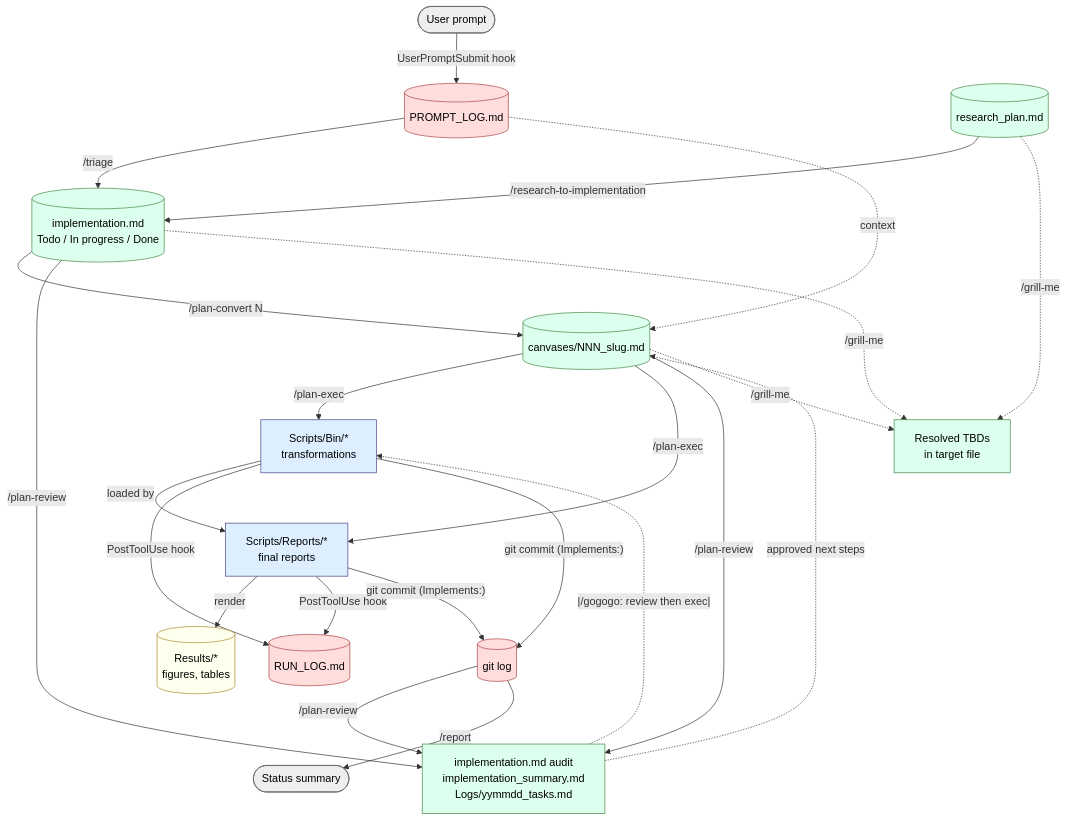
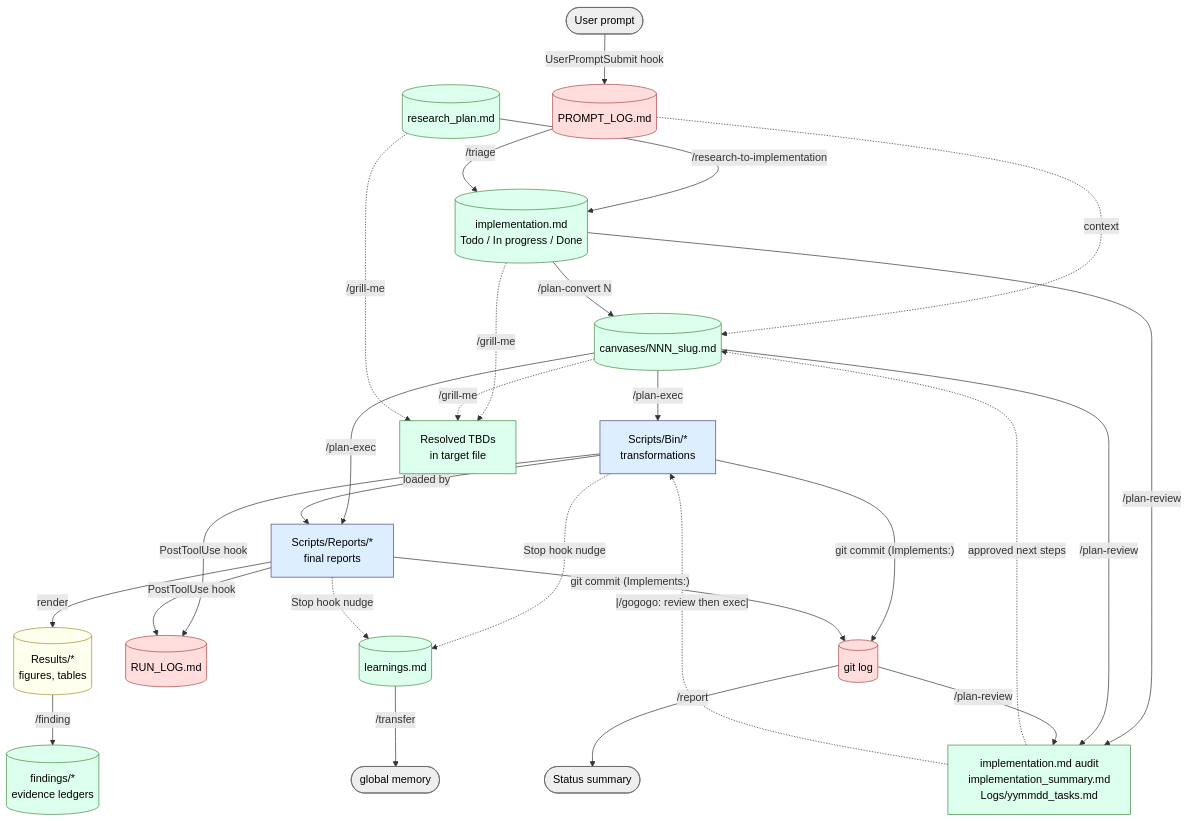
Before and after one commit to frenkiboy/.claude: the diagram in skills/research-setup/SKILL.md, drawn with Mermaid. The commit also changed other lines of this file and 6 other files, not shown here.

First line of the commit message:
feat(pipeline): add learn-nudge, /finding, and /transfer knowledge capture

````diff
--- a/skills/research-setup/SKILL.md
+++ b/skills/research-setup/SKILL.md
@@ -276,33 +291,36 @@
 ```mermaid
 flowchart TD
     USER([User prompt]):::ext -->|UserPromptSubmit hook| PLOG[(PROMPT_LOG.md)]:::log
 
     RPLAN[(research_plan.md)]:::doc -->|/research-to-implementation| IMPL
     PLOG -->|/triage| IMPL[(implementation.md<br/>Todo / In progress / Done)]:::doc
     PLOG -.context.-> CNV
 
     IMPL -->|/plan-convert N| CNV[(canvases/NNN_slug.md)]:::doc
 
     CNV -->|/plan-exec| BIN[Scripts/Bin/*<br/>transformations]:::code
     CNV -->|/plan-exec| RPT[Scripts/Reports/*<br/>final reports]:::code
     BIN -->|loaded by| RPT
     RPT -->|render| RES[(Results/*<br/>figures, tables)]:::out
+    RES -->|/finding| FND[(findings/*<br/>evidence ledgers)]:::doc
     BIN & RPT -->|PostToolUse hook| RLOG[(RUN_LOG.md)]:::log
+    BIN & RPT -.Stop hook nudge.-> LRN[(learnings.md)]:::doc
+    LRN -->|/transfer| MEM([global memory]):::ext
     BIN & RPT -->|"git commit (Implements:)"| GIT[(git log)]:::log
 
     IMPL & CNV & GIT -->|/plan-review| AUD[implementation.md audit<br/>implementation_summary.md<br/>Logs/yymmdd_tasks.md]:::doc
     AUD -.approved next steps.-> CNV
     AUD -.|/gogogo: review then exec|.-> BIN
 
     IMPL -.->|/grill-me| GRL[Resolved TBDs<br/>in target file]:::doc
     CNV -.->|/grill-me| GRL
     RPLAN -.->|/grill-me| GRL
 
     GIT -->|/report| RPRT([Status summary]):::ext
 
     classDef ext  fill:#eee,stroke:#666,color:#000
     classDef log  fill:#fdd,stroke:#a44,color:#000
     classDef doc  fill:#dfe,stroke:#484,color:#000
     classDef code fill:#def,stroke:#448,color:#000
     classDef out  fill:#ffe,stroke:#a83,color:#000
 ```
````
